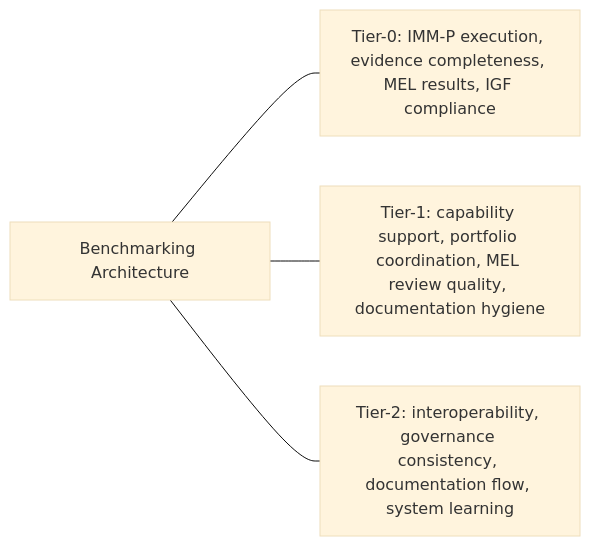
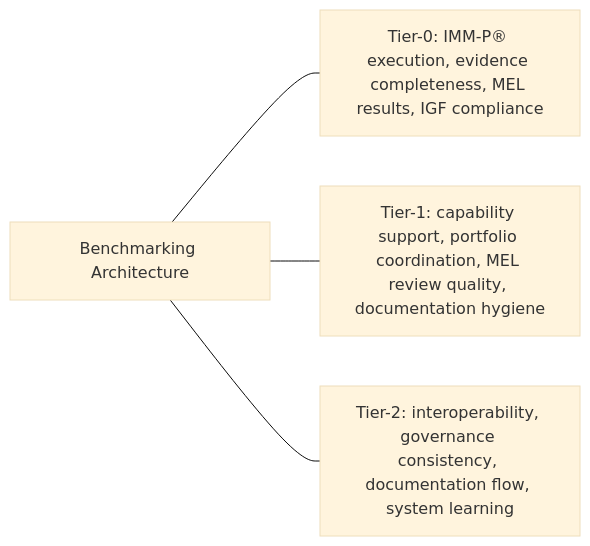
Before and after one commit to micro-canvas-framework/vilf: the diagram in docs/chapters/06.mdx, drawn with Mermaid. The commit also changed other lines of this file and 9 other files, not shown here.

Commit message:
docs(chapters): diagram consistency audit and caption normalization (BL-15X)

````diff
--- a/docs/chapters/06.mdx
+++ b/docs/chapters/06.mdx
@@ -39,11 +39,11 @@
 ```mermaid
 %%{init: {'theme':'base','fontSize':16}}%%
 flowchart LR
   B["Benchmarking Architecture"]
-  T0["Tier-0: IMM-P execution, evidence completeness, MEL results, IGF compliance"]
+  T0["Tier-0: IMM-P® execution, evidence completeness, MEL results, IGF compliance"]
   T1["Tier-1: capability support, portfolio coordination, MEL review quality, documentation hygiene"]
   T2["Tier-2: interoperability, governance consistency, documentation flow, system learning"]
   B --- T0
   B --- T1
   B --- T2
 ```
````
